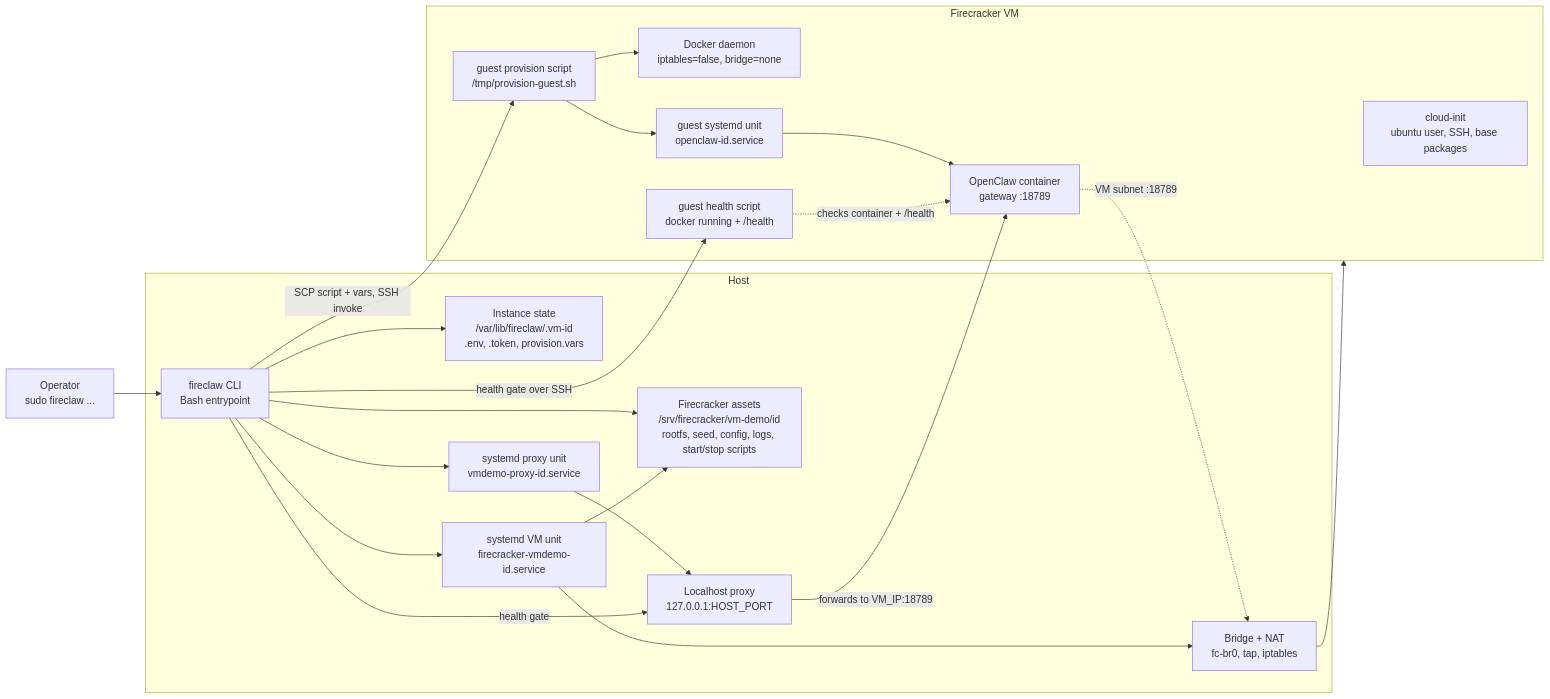
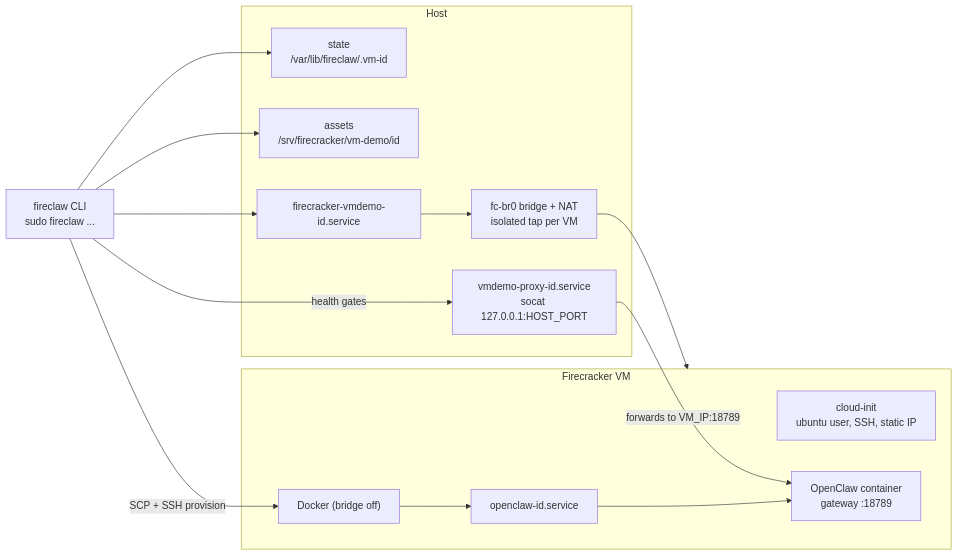
Before and after one commit to bchewy/fireclaw: the diagram in README.md, drawn with Mermaid. The commit also changed other lines of this file, not shown here.

````diff
--- a/README.md
+++ b/README.md
@@ -34,42 +16,30 @@
 ```mermaid
 flowchart LR
-  operator["Operator<br/>sudo fireclaw ..."]
+  cli["fireclaw CLI<br/>sudo fireclaw ..."]
 
   subgraph host["Host"]
-    cli["fireclaw CLI<br/>Bash entrypoint"]
-    state["Instance state<br/>/var/lib/fireclaw/.vm-id<br/>.env, .token, provision.vars"]
-    assets["Firecracker assets<br/>/srv/firecracker/vm-demo/id<br/>rootfs, seed, config, logs, start/stop scripts"]
-    vmUnit["systemd VM unit<br/>firecracker-vmdemo-id.service"]
-    proxyUnit["systemd proxy unit<br/>vmdemo-proxy-id.service"]
-    net["Bridge + NAT<br/>fc-br0, tap, iptables"]
-    proxy["Localhost proxy<br/>127.0.0.1:HOST_PORT"]
+    state["state<br/>/var/lib/fireclaw/.vm-id"]
+    assets["assets<br/>/srv/firecracker/vm-demo/id"]
+    vmUnit["firecracker-vmdemo-id.service"]
+    proxyUnit["vmdemo-proxy-id.service<br/>socat 127.0.0.1:HOST_PORT"]
+    net["fc-br0 bridge + NAT<br/>isolated tap per VM"]
   end
 
   subgraph guest["Firecracker VM"]
-    cloudInit["cloud-init<br/>ubuntu user, SSH, base packages"]
-    docker["Docker daemon<br/>iptables=false, bridge=none"]
-    guestProvision["guest provision script<br/>/tmp/provision-guest.sh"]
-    guestUnit["guest systemd unit<br/>openclaw-id.service"]
+    cloudInit["cloud-init<br/>ubuntu user, SSH, static IP"]
+    docker["Docker (bridge off)"]
+    guestUnit["openclaw-id.service"]
     container["OpenClaw container<br/>gateway :18789"]
-    health["guest health script<br/>docker running + /health"]
   end
 
-  operator --> cli
   cli --> state
   cli --> assets
   cli --> vmUnit
-  cli --> proxyUnit
-  vmUnit --> assets
   vmUnit --> net
   net --> guest
-  cli -->|"SCP script + vars, SSH invoke"| guestProvision
-  guestProvision --> docker
-  guestProvision --> guestUnit
+  cli -->|"SCP + SSH provision"| docker
+  docker --> guestUnit
   guestUnit --> container
-  health -.->|"checks container + /health"| container
-  proxyUnit --> proxy
-  proxy -->|"forwards to VM_IP:18789"| container
-  container -.->|"VM subnet :18789"| net
-  cli -->|"health gate"| proxy
-  cli -->|"health gate over SSH"| health
+  proxyUnit -->|"forwards to VM_IP:18789"| container
+  cli -->|"health gates"| proxyUnit
 ```
````
